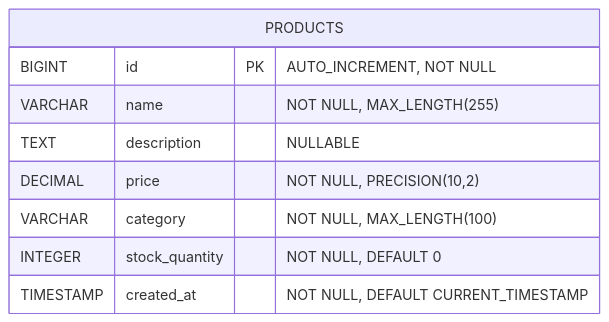
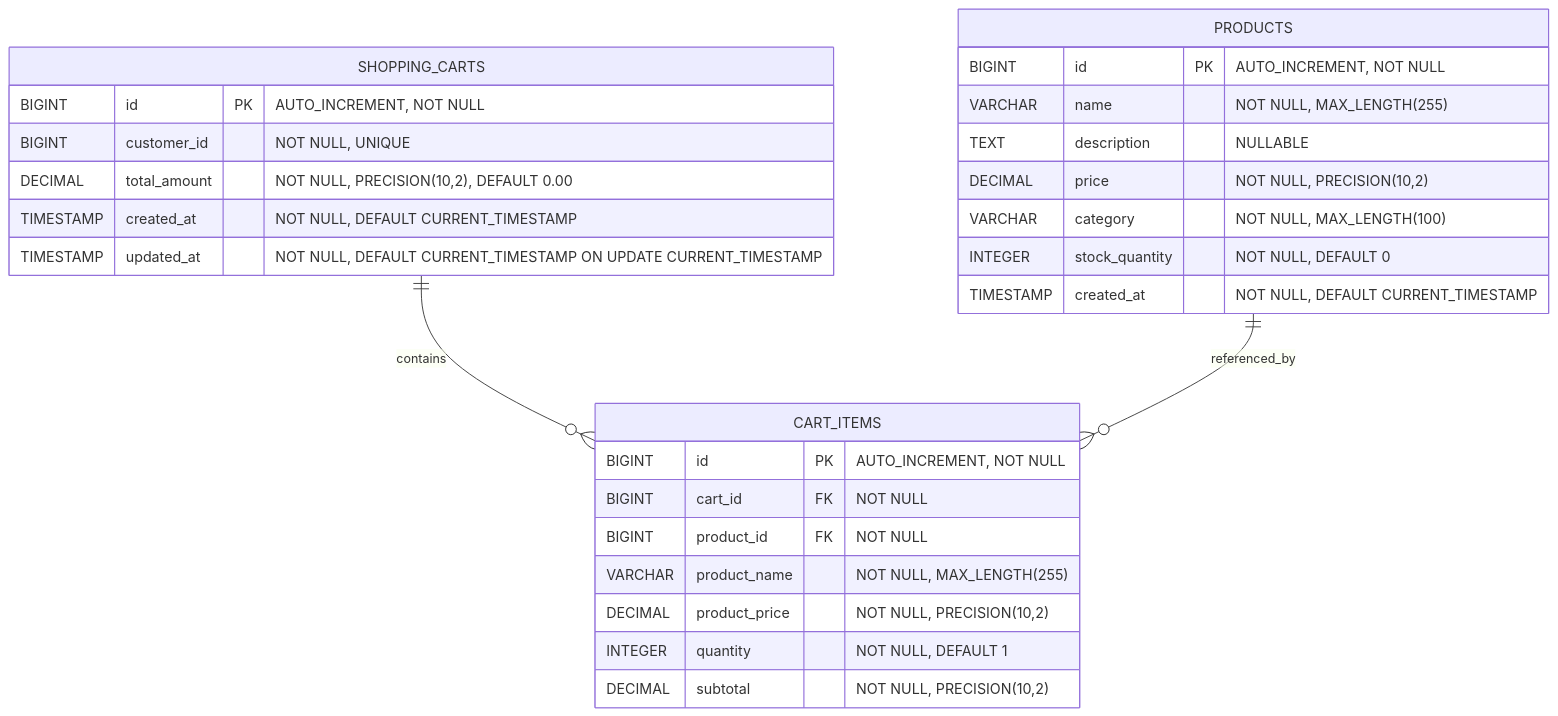
Before and after one commit to NavneetBN47/aava-ecom-demo: the second of 13 diagrams in docs/LLD/lld.md, drawn with Mermaid. The commit also changed other lines of this file and 1 other file, not shown here.

````diff
--- a/docs/LLD/lld.md
+++ b/docs/LLD/lld.md
@@ -84,12 +175,33 @@
 ```mermaid
 erDiagram
     PRODUCTS {
         BIGINT id PK "AUTO_INCREMENT, NOT NULL"
         VARCHAR name "NOT NULL, MAX_LENGTH(255)"
         TEXT description "NULLABLE"
         DECIMAL price "NOT NULL, PRECISION(10,2)"
         VARCHAR category "NOT NULL, MAX_LENGTH(100)"
         INTEGER stock_quantity "NOT NULL, DEFAULT 0"
         TIMESTAMP created_at "NOT NULL, DEFAULT CURRENT_TIMESTAMP"
     }
+    
+    SHOPPING_CARTS {
+        BIGINT id PK "AUTO_INCREMENT, NOT NULL"
+        BIGINT customer_id "NOT NULL, UNIQUE"
+        DECIMAL total_amount "NOT NULL, PRECISION(10,2), DEFAULT 0.00"
+        TIMESTAMP created_at "NOT NULL, DEFAULT CURRENT_TIMESTAMP"
+        TIMESTAMP updated_at "NOT NULL, DEFAULT CURRENT_TIMESTAMP ON UPDATE CURRENT_TIMESTAMP"
+    }
+    
+    CART_ITEMS {
+        BIGINT id PK "AUTO_INCREMENT, NOT NULL"
+        BIGINT cart_id FK "NOT NULL"
+        BIGINT product_id FK "NOT NULL"
+        VARCHAR product_name "NOT NULL, MAX_LENGTH(255)"
+        DECIMAL product_price "NOT NULL, PRECISION(10,2)"
+        INTEGER quantity "NOT NULL, DEFAULT 1"
+        DECIMAL subtotal "NOT NULL, PRECISION(10,2)"
+    }
+    
+    SHOPPING_CARTS ||--o{ CART_ITEMS : contains
+    PRODUCTS ||--o{ CART_ITEMS : referenced_by
 ```
````
